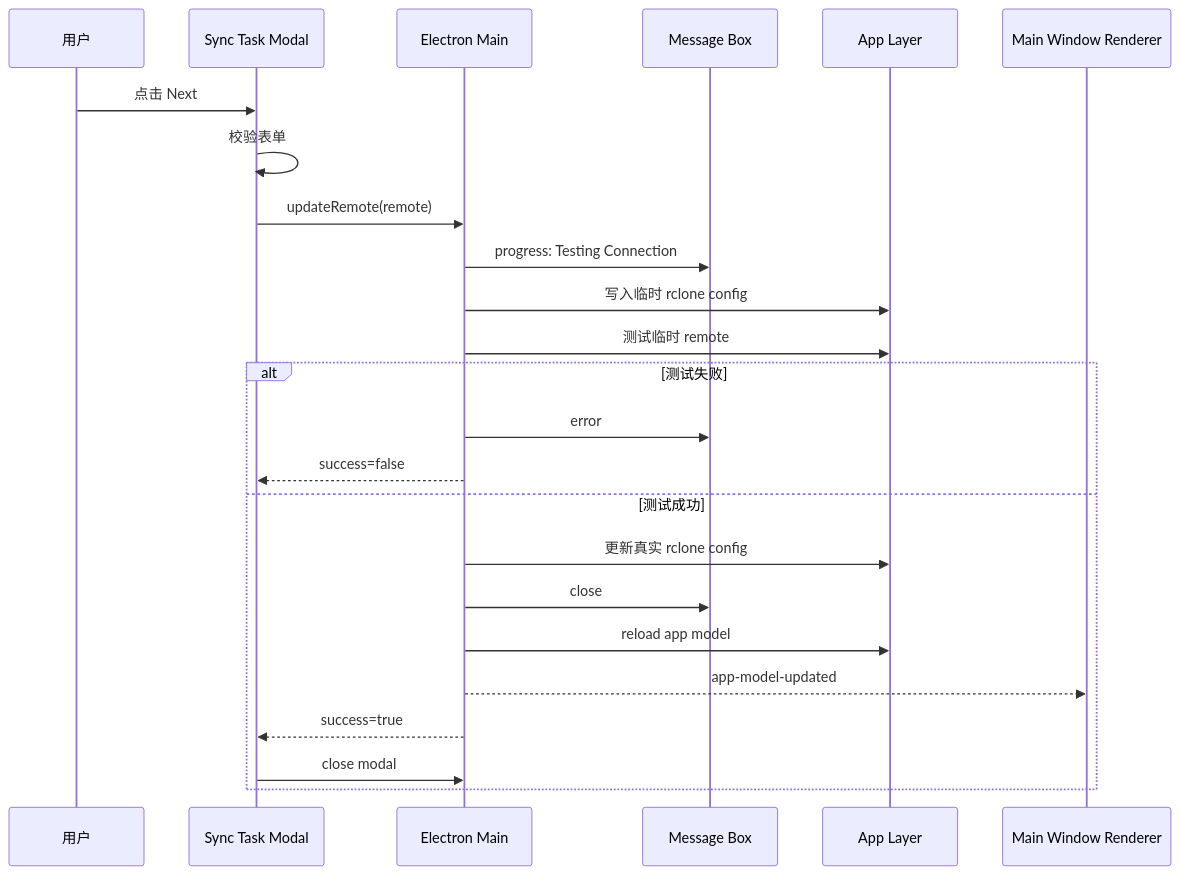
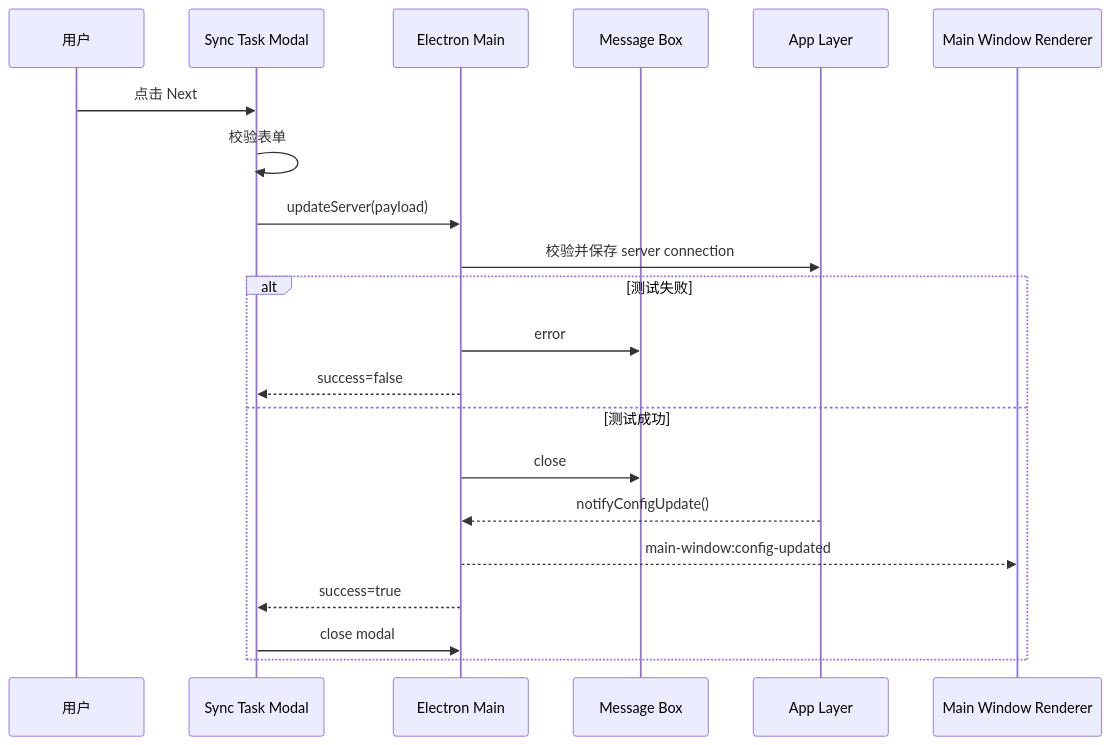
Diagram 12 of 13 in docs/Flows.md (agalloch21/sync-with-rclone), drawn with Mermaid before and after one commit. The commit also changed other lines of this file and 14 other files, not shown here.

````diff
--- a/docs/Flows.md
+++ b/docs/Flows.md
@@ -335,27 +337,24 @@
 ```mermaid
 sequenceDiagram
   participant U as 用户
   participant M as Sync Task Modal
   participant EM as Electron Main
   participant MB as Message Box
   participant APP as App Layer
   participant MW as Main Window Renderer
 
   U->>M: 点击 Next
   M->>M: 校验表单
-  M->>EM: updateRemote(remote)
-  EM->>MB: progress: Testing Connection
-  EM->>APP: 写入临时 rclone config
-  EM->>APP: 测试临时 remote
+  M->>EM: updateServer(payload)
+  EM->>APP: 校验并保存 server connection
   alt 测试失败
     EM->>MB: error
     EM-->>M: success=false
   else 测试成功
-    EM->>APP: 更新真实 rclone config
     EM->>MB: close
-    EM->>APP: reload app model
-    EM-->>MW: app-model-updated
+    APP-->>EM: notifyConfigUpdate()
+    EM-->>MW: main-window:config-updated
     EM-->>M: success=true
     M->>EM: close modal
   end
 ```
````
